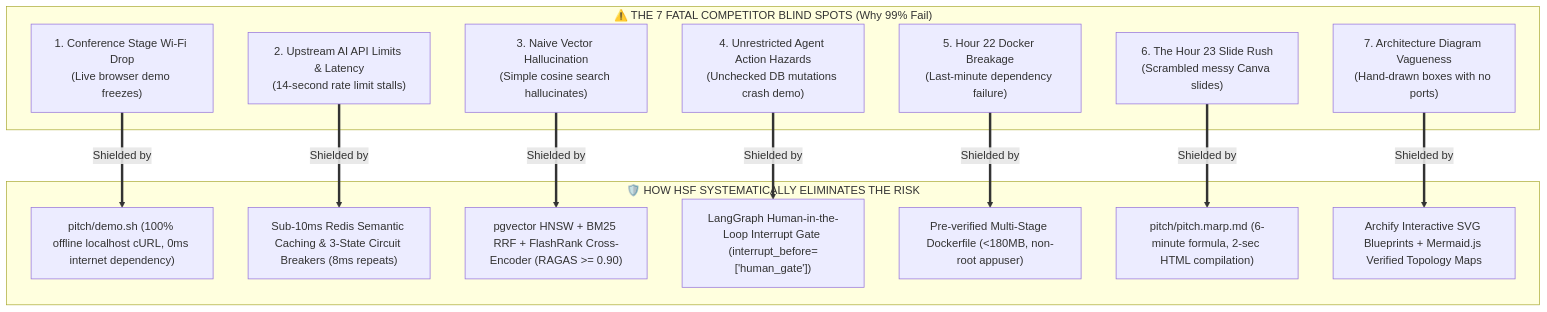
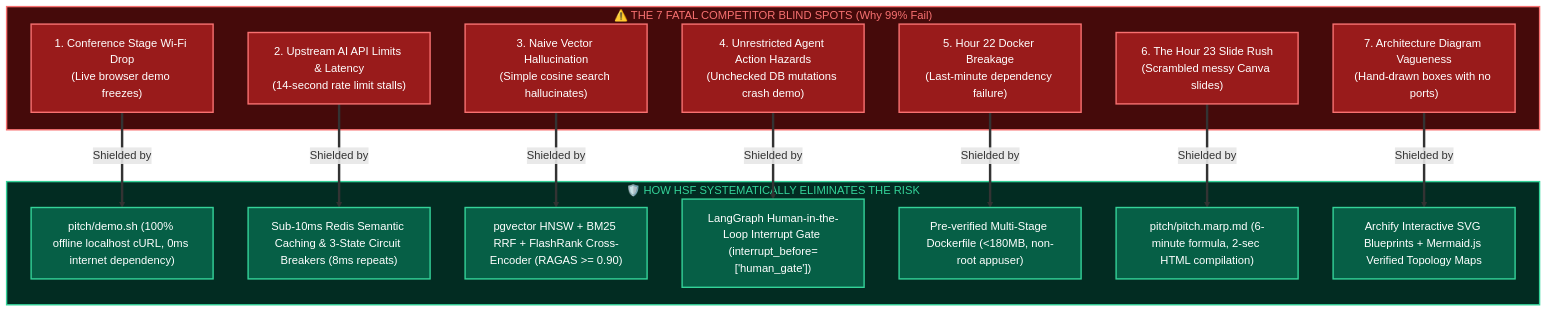
One commit to Sathvik1533/hackathon-strategy-framework changed diagram 16 of 19 in README.md. Above: the diagram before and after it, drawn with Mermaid. The commit also changed other lines of this file and 6 other files, not shown here.

Commit message:
feat(docs): colorize and make all Mermaid architecture diagrams interactive across repo

````diff
--- a/README.md
+++ b/README.md
@@ -1213,30 +1431,44 @@
 ```mermaid
 flowchart TD
+    classDef bs fill:#991b1b,stroke:#f87171,stroke-width:2px,color:#ffffff;
+    classDef armor fill:#065f46,stroke:#34d399,stroke-width:2px,color:#ffffff;
+
     subgraph BlindSpots["⚠️ THE 7 FATAL COMPETITOR BLIND SPOTS (Why 99% Fail)"]
-        BS1["1. Conference Stage Wi-Fi Drop<br/>(Live browser demo freezes)"]
-        BS2["2. Upstream AI API Limits & Latency<br/>(14-second rate limit stalls)"]
-        BS3["3. Naive Vector Hallucination<br/>(Simple cosine search hallucinates)"]
-        BS4["4. Unrestricted Agent Action Hazards<br/>(Unchecked DB mutations crash demo)"]
-        BS5["5. Hour 22 Docker Breakage<br/>(Last-minute dependency failure)"]
-        BS6["6. The Hour 23 Slide Rush<br/>(Scrambled messy Canva slides)"]
-        BS7["7. Architecture Diagram Vagueness<br/>(Hand-drawn boxes with no ports)"]
+        BS1["1. Conference Stage Wi-Fi Drop<br/>(Live browser demo freezes)"]:::bs
+        BS2["2. Upstream AI API Limits & Latency<br/>(14-second rate limit stalls)"]:::bs
+        BS3["3. Naive Vector Hallucination<br/>(Simple cosine search hallucinates)"]:::bs
+        BS4["4. Unrestricted Agent Action Hazards<br/>(Unchecked DB mutations crash demo)"]:::bs
+        BS5["5. Hour 22 Docker Breakage<br/>(Last-minute dependency failure)"]:::bs
+        BS6["6. The Hour 23 Slide Rush<br/>(Scrambled messy Canva slides)"]:::bs
+        BS7["7. Architecture Diagram Vagueness<br/>(Hand-drawn boxes with no ports)"]:::bs
     end
 
     subgraph HSFArmor["🛡️ HOW HSF SYSTEMATICALLY ELIMINATES THE RISK"]
-        HSF1["pitch/demo.sh (100% offline localhost cURL, 0ms internet dependency)"]
-        HSF2["Sub-10ms Redis Semantic Caching & 3-State Circuit Breakers (8ms repeats)"]
-        HSF3["pgvector HNSW + BM25 RRF + FlashRank Cross-Encoder (RAGAS >= 0.90)"]
-        HSF4["LangGraph Human-in-the-Loop Interrupt Gate (interrupt_before=['human_gate'])"]
-        HSF5["Pre-verified Multi-Stage Dockerfile (<180MB, non-root appuser)"]
-        HSF6["pitch/pitch.marp.md (6-minute formula, 2-sec HTML compilation)"]
-        HSF7["Archify Interactive SVG Blueprints + Mermaid.js Verified Topology Maps"]
+        HSF1["pitch/demo.sh (100% offline localhost cURL, 0ms internet dependency)"]:::armor
+        HSF2["Sub-10ms Redis Semantic Caching & 3-State Circuit Breakers (8ms repeats)"]:::armor
+        HSF3["pgvector HNSW + BM25 RRF + FlashRank Cross-Encoder (RAGAS >= 0.90)"]:::armor
+        HSF4["LangGraph Human-in-the-Loop Interrupt Gate (interrupt_before=['human_gate'])"]:::armor
+        HSF5["Pre-verified Multi-Stage Dockerfile (<180MB, non-root appuser)"]:::armor
+        HSF6["pitch/pitch.marp.md (6-minute formula, 2-sec HTML compilation)"]:::armor
+        HSF7["Archify Interactive SVG Blueprints + Mermaid.js Verified Topology Maps"]:::armor
     end
+
+    style BlindSpots fill:#450a0a,stroke:#f87171,stroke-width:2px,color:#f87171
+    style HSFArmor fill:#022c22,stroke:#34d399,stroke-width:2px,color:#34d399
 
     BS1 ==>|Shielded by| HSF1
     BS2 ==>|Shielded by| HSF2
     BS3 ==>|Shielded by| HSF3
     BS4 ==>|Shielded by| HSF4
     BS5 ==>|Shielded by| HSF5
     BS6 ==>|Shielded by| HSF6
     BS7 ==>|Shielded by| HSF7
+
+    click HSF1 "pitch/demo.sh" "Inspect Demo Script"
+    click HSF2 "backend/src/app/core/redis.py" "Inspect Redis Cache"
+    click HSF3 "ai_layer/eval_harness.py" "Inspect Eval Harness"
+    click HSF4 "ai_layer/langgraph_supervisor.py" "Inspect LangGraph"
+    click HSF5 "infra/Dockerfile" "Inspect Dockerfile"
+    click HSF6 "pitch/pitch.marp.md" "Inspect Pitch Deck"
+    click HSF7 "docs/architecture/system-architecture.html" "View Archify SVG"
 ```
````
